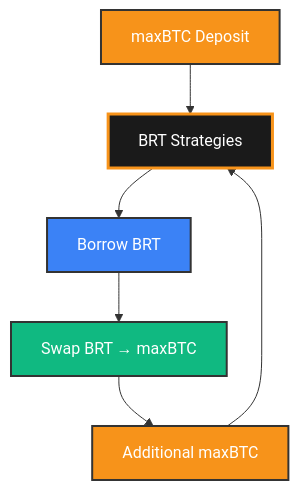
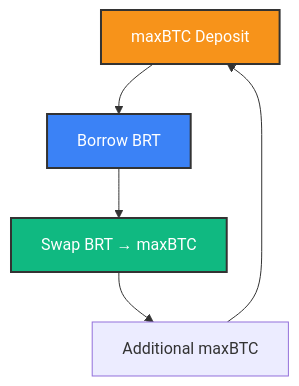
The diagram in apps/docs/src/app/user-guide/looping/page.mdx (Amber-Finance/amber-frontend), drawn with Mermaid before and after one commit. The commit also changed other lines of this file and 26 other files, not shown here.

````diff
--- a/apps/docs/src/app/user-guide/looping/page.mdx
+++ b/apps/docs/src/app/user-guide/looping/page.mdx
@@ -38,19 +27,17 @@
 ```mermaid
 graph TD
-    A[maxBTC Deposit] --> B[BRT Strategies]
-    B --> C[Borrow BRT]
-    C --> D[Swap BRT → maxBTC]
-    D --> E[Additional maxBTC]
-    E --> B
-    
+    A[maxBTC Deposit]
+    A --> B[Borrow BRT]
+    B --> C[Swap BRT → maxBTC]
+    C --> D[Additional maxBTC]
+    D --> A
+
     style A fill:#f7931a,stroke:#333,stroke-width:2px,color:#fff
-    style B fill:#1a1a1a,stroke:#f7931a,stroke-width:3px,color:#fff
-    style C fill:#3b82f6,stroke:#333,stroke-width:2px,color:#fff
-    style D fill:#10b981,stroke:#333,stroke-width:2px,color:#fff
-    style E fill:#f7931a,stroke:#333,stroke-width:2px,color:#fff
-    
+    style B fill:#3b82f6,stroke:#333,stroke-width:2px,color:#fff
+    style C fill:#10b981,stroke:#333,stroke-width:2px,color:#fff
+
     classDef amberStyle fill:#f7931a,stroke:#333,stroke-width:2px,color:#fff
     classDef vaultStyle fill:#1a1a1a,stroke:#f7931a,stroke-width:3px,color:#fff
     classDef borrowStyle fill:#3b82f6,stroke:#333,stroke-width:2px,color:#fff
     classDef swapStyle fill:#10b981,stroke:#333,stroke-width:2px,color:#fff
 ```
````
